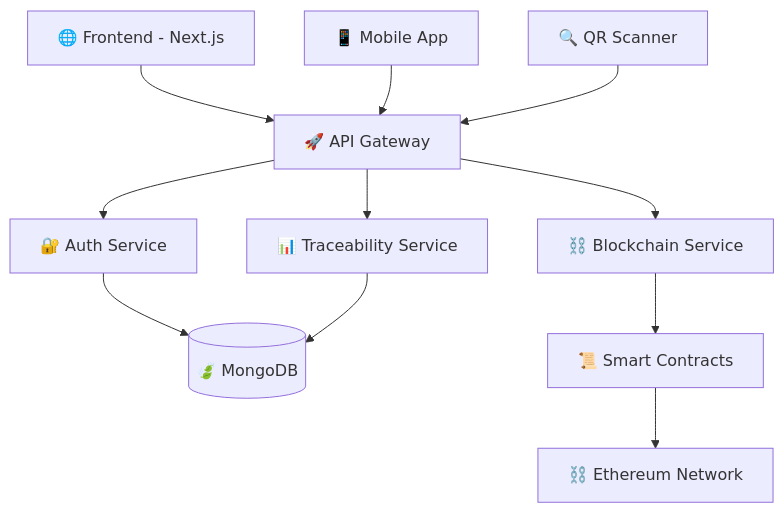
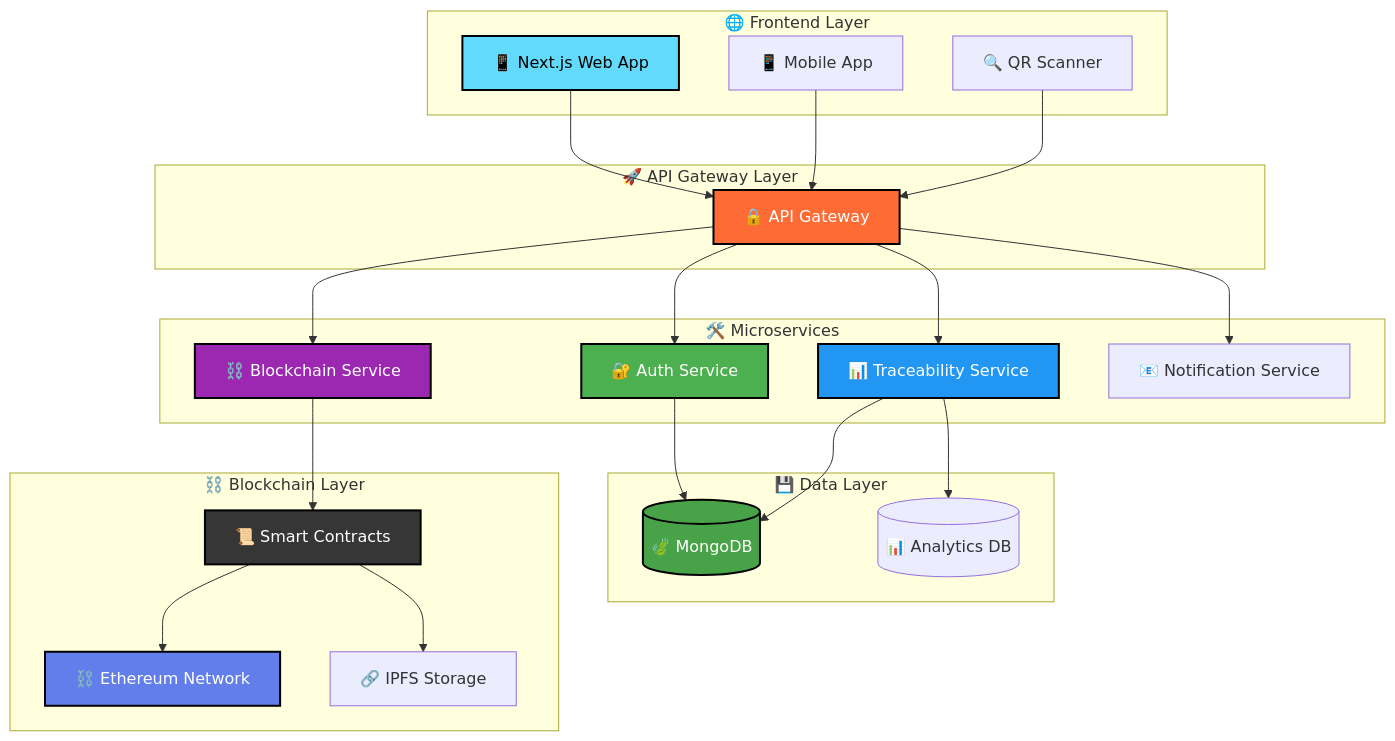
The diagram in README.md (zh13u/NMCNPM), drawn with Mermaid before and after one commit. The commit also changed other lines of this file, not shown here.

````diff
--- a/README.md
+++ b/README.md
@@ -115,15 +168,54 @@
 ```mermaid
 graph TB
-    A[🌐 Frontend - Next.js] --> B[🚀 API Gateway]
-    B --> C[🔐 Auth Service]
-    B --> D[📊 Traceability Service]
-    B --> E[⛓️ Blockchain Service]
+    subgraph "🌐 Frontend Layer"
+        A[📱 Next.js Web App]
+        I[📱 Mobile App]
+        J[🔍 QR Scanner]
+    end
     
-    C --> F[(🍃 MongoDB)]
+    subgraph "🚀 API Gateway Layer"
+        B[🔒 API Gateway]
+    end
+    
+    subgraph "🛠️ Microservices"
+        C[🔐 Auth Service]
+        D[📊 Traceability Service]
+        E[⛓️ Blockchain Service]
+        K[📧 Notification Service]
+    end
+    
+    subgraph "💾 Data Layer"
+        F[(🍃 MongoDB)]
+        L[(📊 Analytics DB)]
+    end
+    
+    subgraph "⛓️ Blockchain Layer"
+        G[📜 Smart Contracts]
+        H[⛓️ Ethereum Network]
+        M[🔗 IPFS Storage]
+    end
+    
+    A --> B
+    I --> B
+    J --> B
+    B --> C
+    B --> D
+    B --> E
+    B --> K
+    
+    C --> F
     D --> F
-    E --> G[📜 Smart Contracts]
-    G --> H[⛓️ Ethereum Network]
+    D --> L
+    E --> G
+    G --> H
+    G --> M
     
-    I[📱 Mobile App] --> B
-    J[🔍 QR Scanner] --> B
+    style A fill:#61DAFB,stroke:#000,stroke-width:2px,color:#000
+    style B fill:#FF6B35,stroke:#000,stroke-width:2px,color:#fff
+    style C fill:#4CAF50,stroke:#000,stroke-width:2px,color:#fff
+    style D fill:#2196F3,stroke:#000,stroke-width:2px,color:#fff
+    style E fill:#9C27B0,stroke:#000,stroke-width:2px,color:#fff
+    style F fill:#47A248,stroke:#000,stroke-width:2px,color:#fff
+    style G fill:#363636,stroke:#000,stroke-width:2px,color:#fff
+    style H fill:#627EEA,stroke:#000,stroke-width:2px,color:#fff
 ```
````
